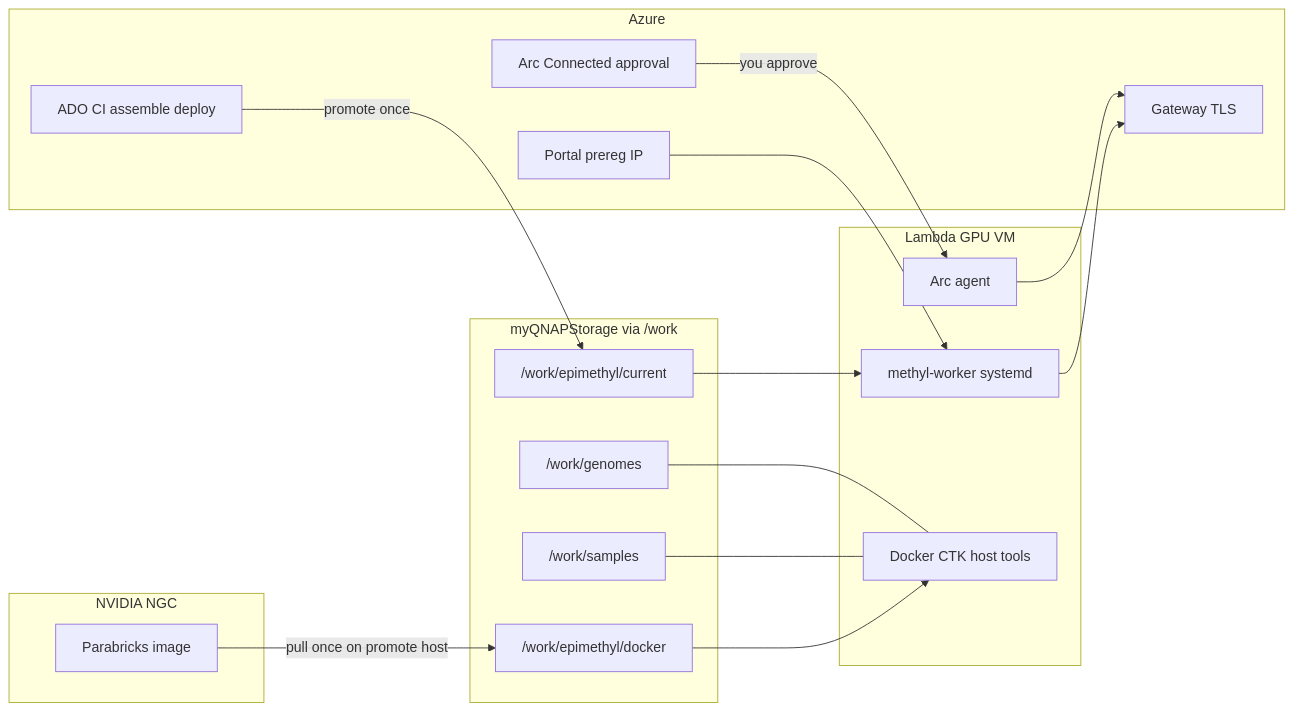
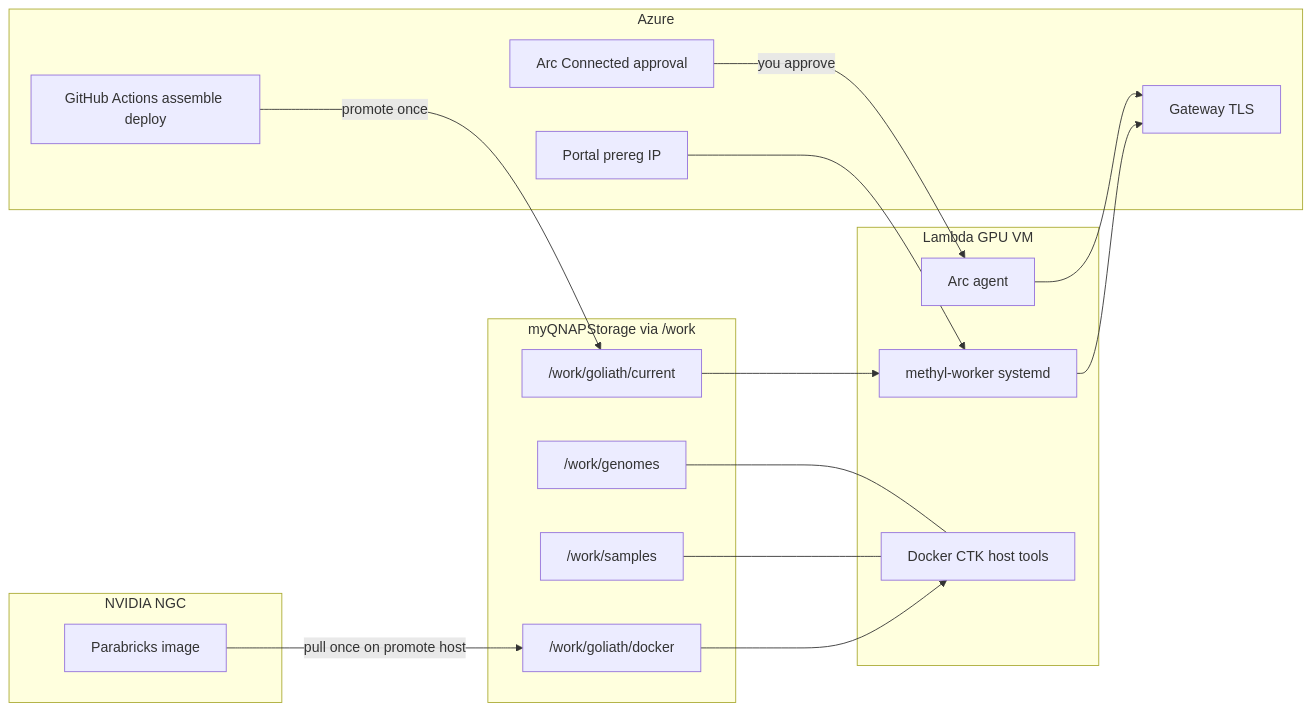
One commit to Goliath-Research/GoliathWorkflow changed the diagram in docs/deployment/lambda_worker_join.md. Above: the diagram before and after it, drawn with Mermaid. The commit also changed other lines of this file and 272 other files, not shown here.

````diff
--- a/docs/deployment/lambda_worker_join.md
+++ b/docs/deployment/lambda_worker_join.md
@@ -19,34 +19,34 @@
 ```mermaid
 flowchart LR
   subgraph azure [Azure]
-    CI[ADO CI assemble deploy]
+    CI[GitHub Actions assemble deploy]
     Arc[Arc Connected approval]
     Portal[Portal prereg IP]
     Gw[Gateway TLS]
   end
   subgraph qnap [myQNAPStorage via /work]
-    Rel["/work/epimethyl/current"]
+    Rel["/work/goliath/current"]
     Gen["/work/genomes"]
     Sam["/work/samples"]
-    Dock["/work/epimethyl/docker"]
+    Dock["/work/goliath/docker"]
   end
   subgraph ngc [NVIDIA NGC]
     Pb[Parabricks image]
   end
   subgraph vm [Lambda GPU VM]
     Local[Docker CTK host tools]
     Agent[Arc agent]
     Worker[methyl-worker systemd]
   end
 
   CI -->|promote once| Rel
   Pb -->|pull once on promote host| Dock
   Gen --- Local
   Sam --- Local
   Rel --> Worker
   Dock --> Local
   Portal --> Worker
   Arc -->|you approve| Agent
   Agent --> Gw
   Worker --> Gw
 ```
````
